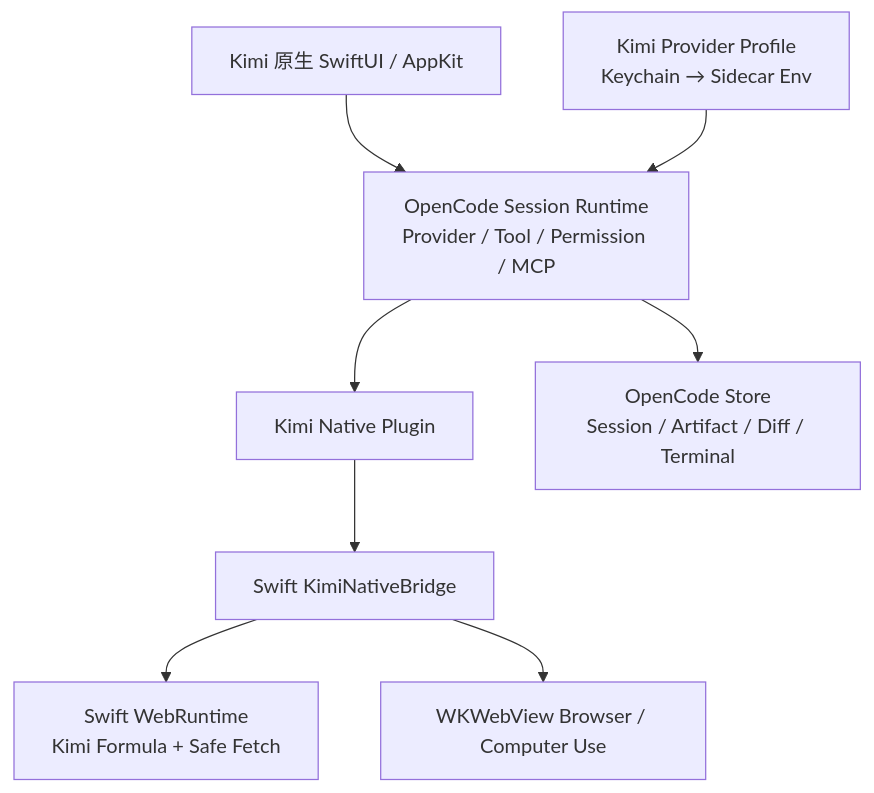
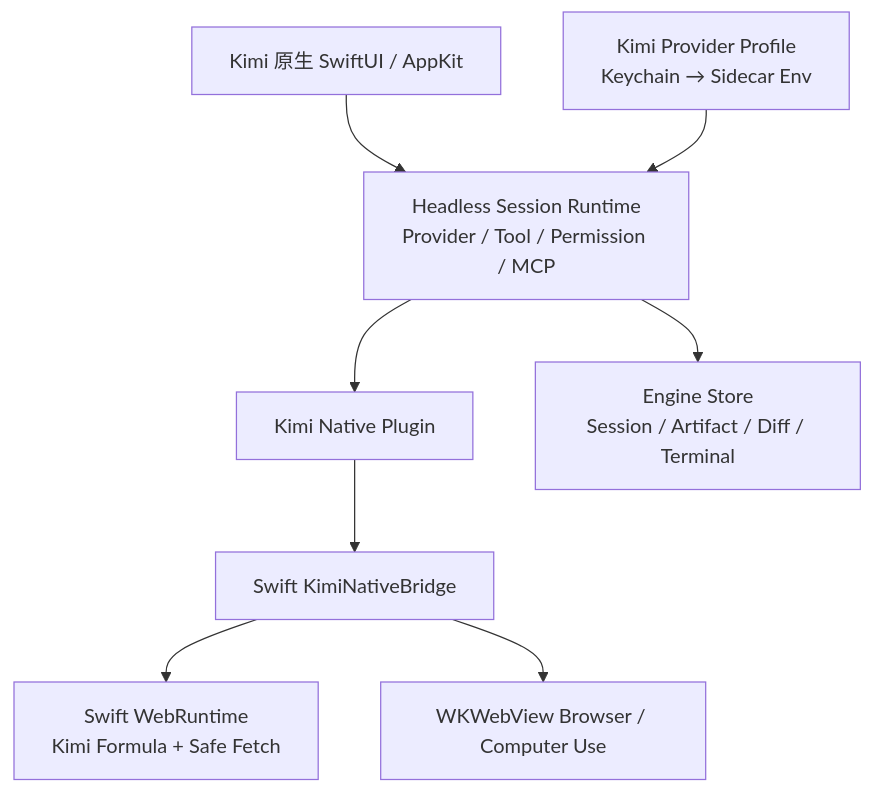
One commit to shidesheng0218/kimi-code-agent changed the second of 2 diagrams in README.md. Above: the diagram before and after it, drawn with Mermaid. The commit also changed other lines of this file and 6530 other files, not shown here.

First line of the commit message:
refactor: scrub engine branding to Kimi and fix packaged-runtime lifecycle

````diff
--- a/README.md
+++ b/README.md
@@ -167,19 +167,19 @@
 ```mermaid
 flowchart TB
     UI[Kimi 原生 SwiftUI / AppKit]
-    S[OpenCode Session Runtime<br/>Provider / Tool / Permission / MCP]
+    S[Headless Session Runtime<br/>Provider / Tool / Permission / MCP]
     P[Kimi Provider Profile<br/>Keychain → Sidecar Env]
     NP[Kimi Native Plugin]
     B[Swift KimiNativeBridge]
     WEB[Swift WebRuntime<br/>Kimi Formula + Safe Fetch]
     MAC[WKWebView Browser / Computer Use]
-    OC[OpenCode Store<br/>Session / Artifact / Diff / Terminal]
+    OC[Engine Store<br/>Session / Artifact / Diff / Terminal]
 
     UI --> S
     P --> S
     S --> OC
     S --> NP
     NP --> B
     B --> WEB
     B --> MAC
 ```
````
